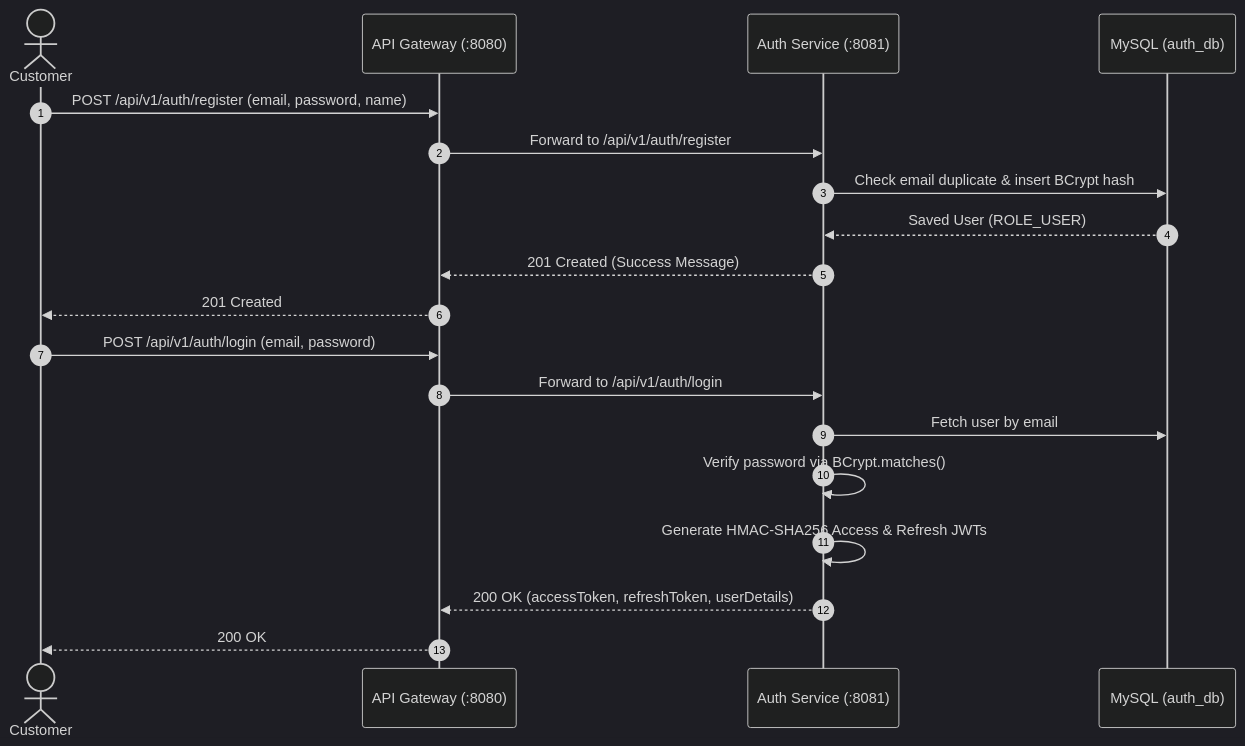
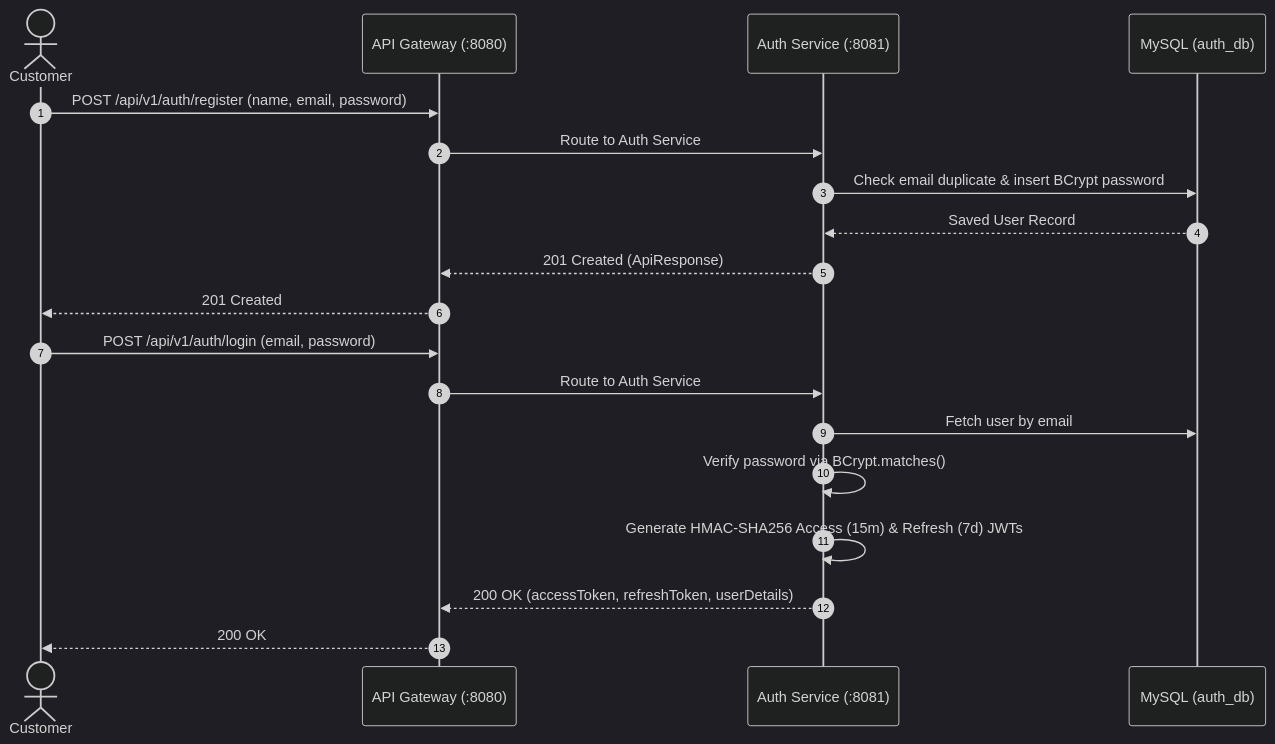
One commit to AyushGupta04/novatech-microservices-platform changed the second of 6 diagrams in COMPLETE_FLOW_GUIDE.md. Above: the diagram before and after it, drawn with Mermaid (dark theme). The commit also changed other lines of this file and 1 other file, not shown here.

````diff
--- a/COMPLETE_FLOW_GUIDE.md
+++ b/COMPLETE_FLOW_GUIDE.md
@@ -85,23 +140,23 @@
 ```mermaid
 sequenceDiagram
     autonumber
     actor Customer
     participant Gateway as API Gateway (:8080)
     participant Auth as Auth Service (:8081)
     participant DB as MySQL (auth_db)
 
-    Customer->>Gateway: POST /api/v1/auth/register (email, password, name)
-    Gateway->>Auth: Forward to /api/v1/auth/register
-    Auth->>DB: Check email duplicate & insert BCrypt hash
-    DB-->>Auth: Saved User (ROLE_USER)
-    Auth-->>Gateway: 201 Created (Success Message)
+    Customer->>Gateway: POST /api/v1/auth/register (name, email, password)
+    Gateway->>Auth: Route to Auth Service
+    Auth->>DB: Check email duplicate & insert BCrypt password
+    DB-->>Auth: Saved User Record
+    Auth-->>Gateway: 201 Created (ApiResponse)
     Gateway-->>Customer: 201 Created
 
     Customer->>Gateway: POST /api/v1/auth/login (email, password)
-    Gateway->>Auth: Forward to /api/v1/auth/login
+    Gateway->>Auth: Route to Auth Service
     Auth->>DB: Fetch user by email
     Auth->>Auth: Verify password via BCrypt.matches()
-    Auth->>Auth: Generate HMAC-SHA256 Access & Refresh JWTs
+    Auth->>Auth: Generate HMAC-SHA256 Access (15m) & Refresh (7d) JWTs
     Auth-->>Gateway: 200 OK (accessToken, refreshToken, userDetails)
     Gateway-->>Customer: 200 OK
 ```
````
